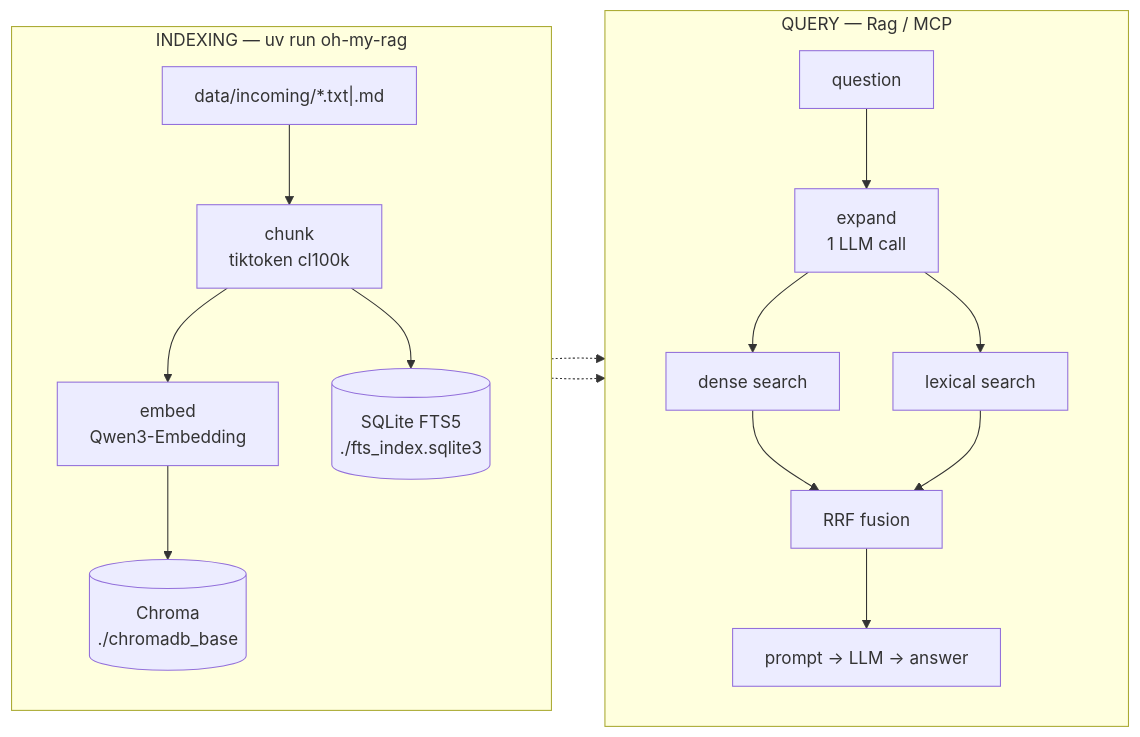
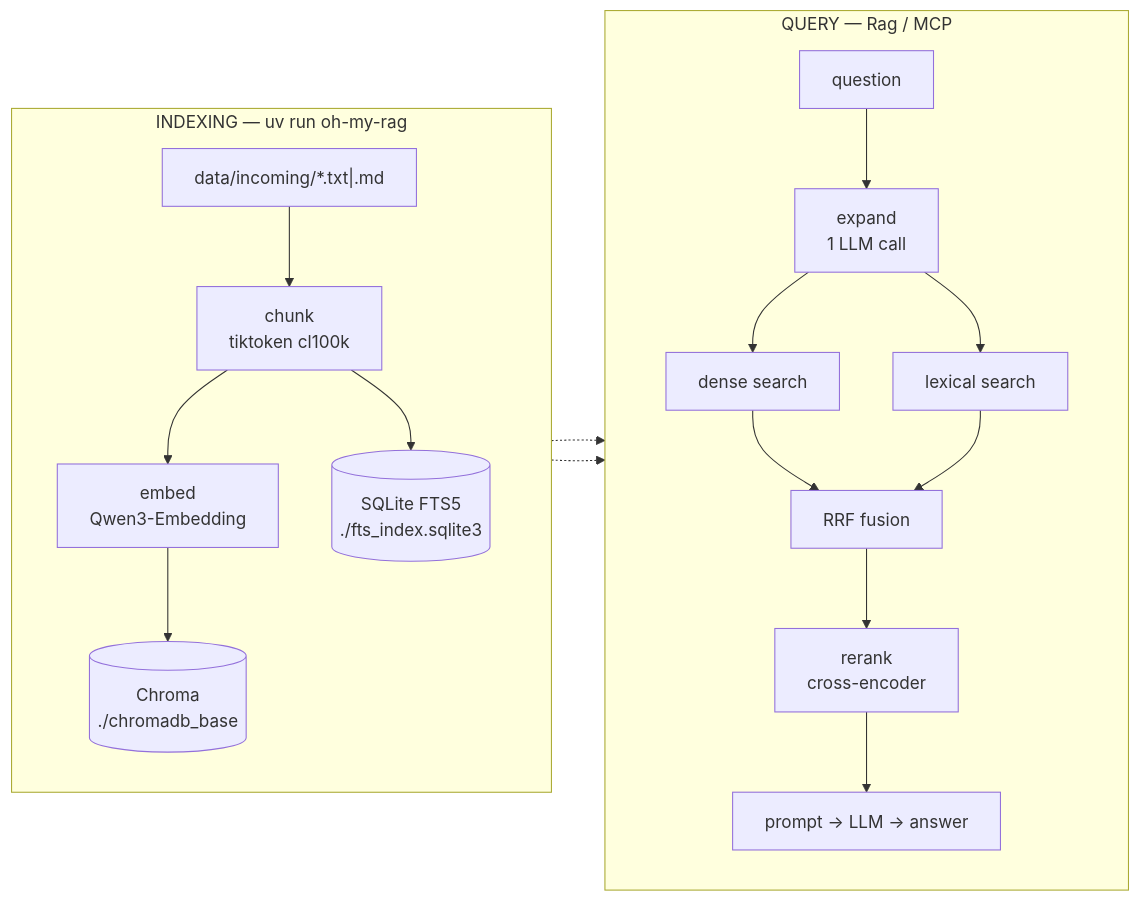
One commit to epic-dev/oh-my-rag changed the diagram in HOW_IT_WORKS.md. Above: the diagram before and after it, drawn with Mermaid. The commit also changed other lines of this file and 13 other files, not shown here.

````diff
--- a/HOW_IT_WORKS.md
+++ b/HOW_IT_WORKS.md
@@ -20,23 +20,24 @@
 ```mermaid
 flowchart LR
     subgraph idx ["INDEXING — uv run oh-my-rag"]
         direction TB
         D["data/incoming/*.txt|.md"] --> C["chunk<br/>tiktoken cl100k"]
         C --> E["embed<br/>Qwen3-Embedding"]
         E --> S1[("Chroma<br/>./chromadb_base")]
         C --> S2[("SQLite FTS5<br/>./fts_index.sqlite3")]
     end
 
     subgraph qry ["QUERY — Rag / MCP"]
         direction TB
         Q["question"] --> X["expand<br/>1 LLM call"]
         X --> V["dense search"]
         X --> F["lexical search"]
         V --> R["RRF fusion"]
         F --> R
-        R --> A["prompt → LLM → answer"]
+        R --> K["rerank<br/>cross-encoder"]
+        K --> A["prompt → LLM → answer"]
     end
 
     S1 -.-> V
     S2 -.-> F
 ```
````
